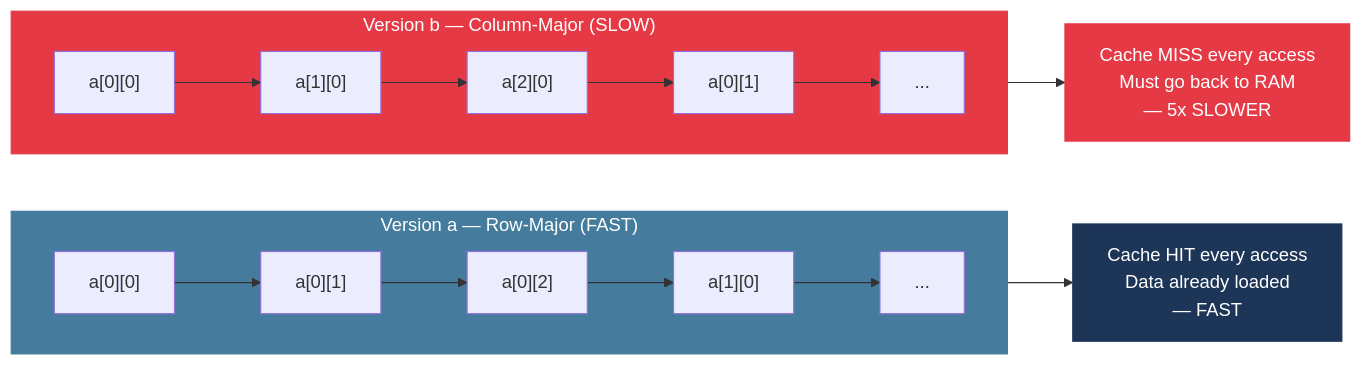
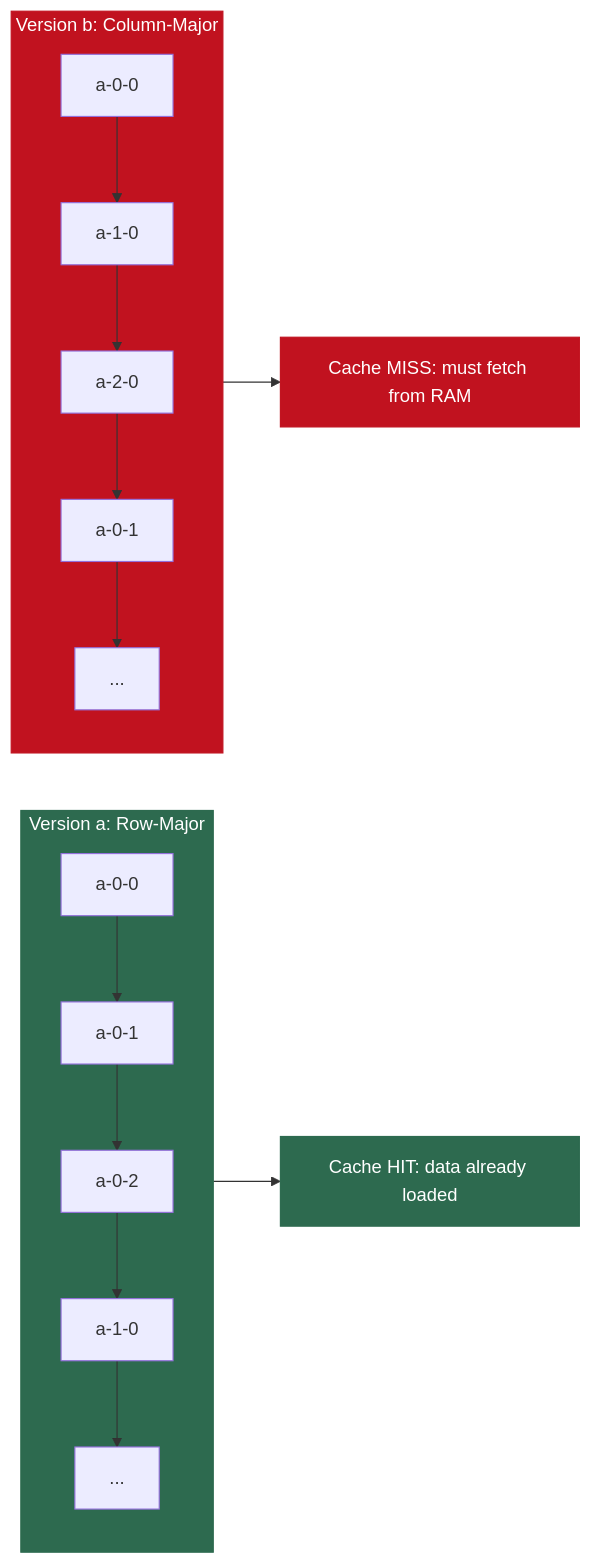
Before and after one commit to MuhammadTahaNasir/Big-Data-Analytics-Notes: the second of 14 diagrams in Week1/Lecture2_Hardware_Moores_Amdahls.md, drawn with Mermaid. The commit also changed other lines of this file, not shown here.

````diff
--- a/Week1/Lecture2_Hardware_Moores_Amdahls.md
+++ b/Week1/Lecture2_Hardware_Moores_Amdahls.md
@@ -75,20 +75,17 @@
 ```mermaid
 flowchart LR
-    subgraph A["Version a — Row-Major (FAST)"]
-        direction LR
-        A1["a[0][0]"] --> A2["a[0][1]"] --> A3["a[0][2]"] --> A4["a[1][0]"] --> A5["..."]
+    subgraph VA[Version a: Row-Major]
+        A1[a-0-0] --> A2[a-0-1] --> A3[a-0-2] --> A4[a-1-0] --> A5[...]
+    end
+    subgraph VB[Version b: Column-Major]
+        B1[a-0-0] --> B2[a-1-0] --> B3[a-2-0] --> B4[a-0-1] --> B5[...]
     end
 
-    subgraph B["Version b — Column-Major (SLOW)"]
-        direction LR
-        B1["a[0][0]"] --> B2["a[1][0]"] --> B3["a[2][0]"] --> B4["a[0][1]"] --> B5["..."]
-    end
+    VA --> HIT[Cache HIT: data already loaded]
+    VB --> MISS[Cache MISS: must fetch from RAM]
 
-    A --> R1["Cache HIT every access\nData already loaded\n— FAST"]
-    B --> R2["Cache MISS every access\nMust go back to RAM\n— 5x SLOWER"]
-
-    style R1 fill:#1d3557,color:#fff,stroke:#1d3557
-    style R2 fill:#e63946,color:#fff,stroke:#e63946
-    style A fill:#457b9d,color:#fff,stroke:#457b9d
-    style B fill:#e63946,color:#fff,stroke:#e63946
+    style VA fill:#2d6a4f,color:#fff,stroke:#2d6a4f
+    style VB fill:#c1121f,color:#fff,stroke:#c1121f
+    style HIT fill:#2d6a4f,color:#fff,stroke:#2d6a4f
+    style MISS fill:#c1121f,color:#fff,stroke:#c1121f
 ```
````
